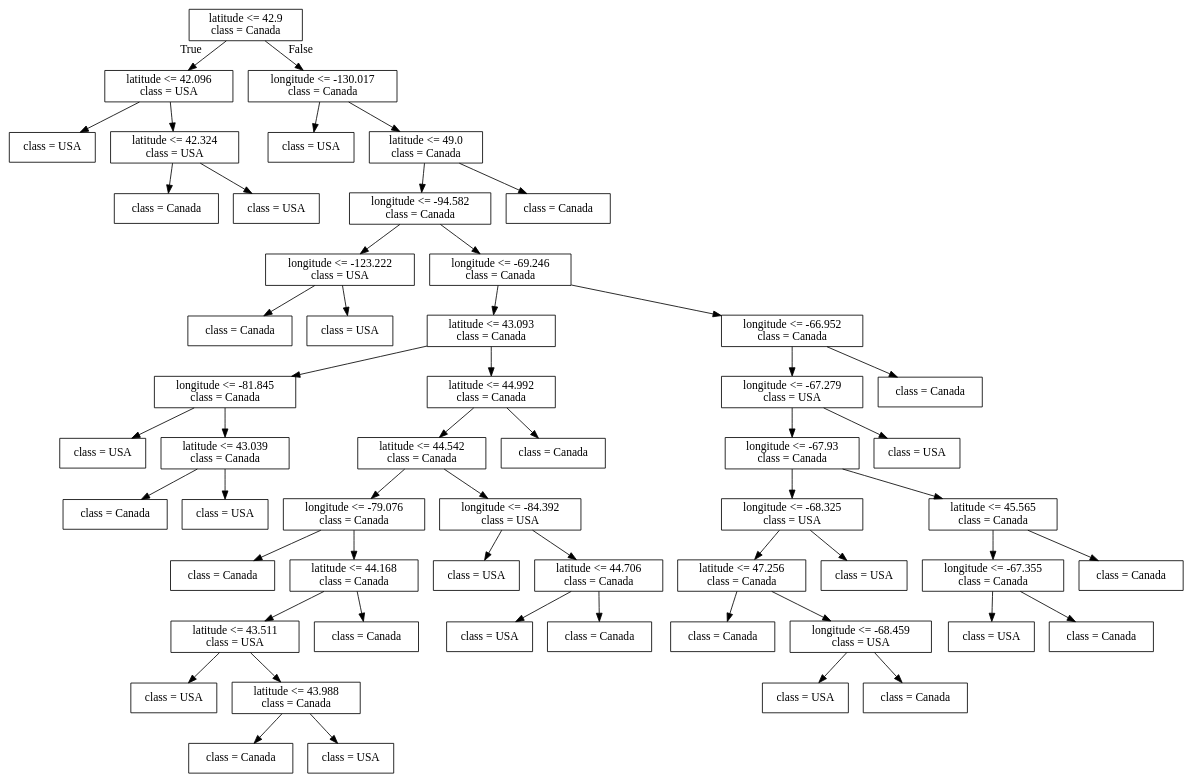
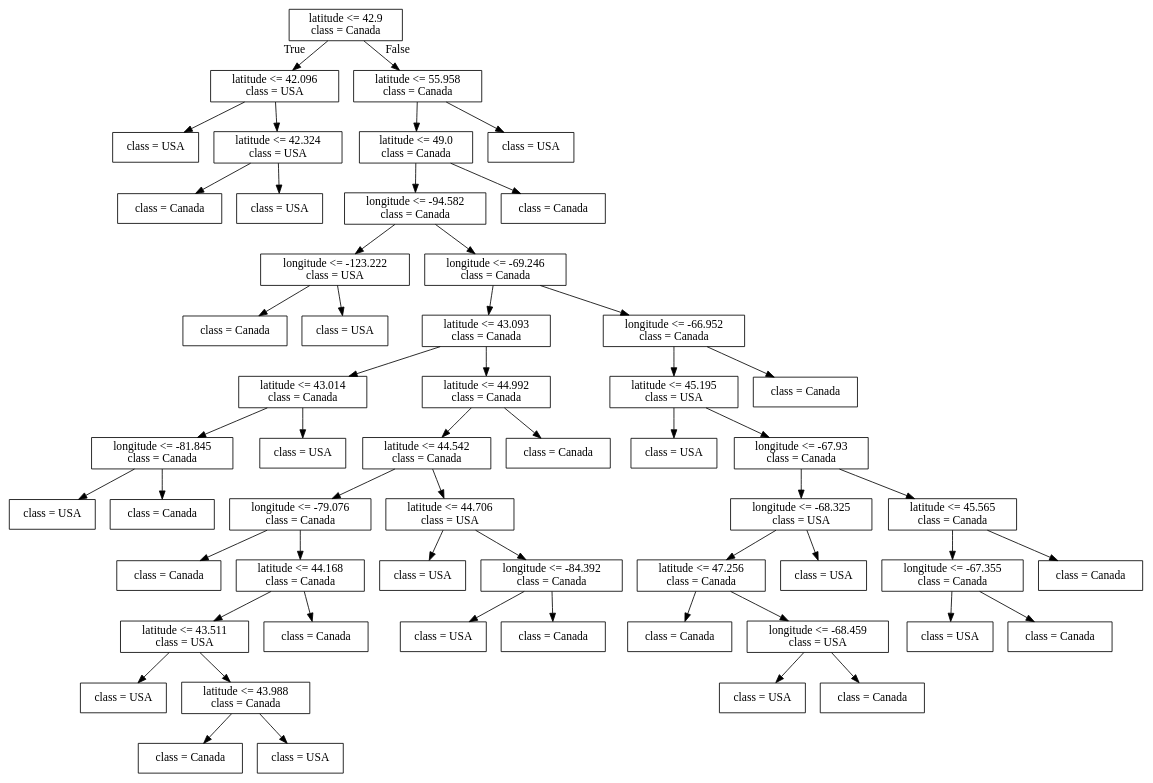
The diagram in lectures/Source.gv (bait509-ubc/BAIT509), drawn with Graphviz before and after one commit. The commit also changed 25 other files, not shown here.

```diff
--- a/lectures/Source.gv
+++ b/lectures/Source.gv
@@ -1,112 +1,112 @@
 digraph Tree {
 node [shape=box] ;
 0 [label="latitude <= 42.9\nclass = Canada"] ;
 1 [label="latitude <= 42.096\nclass = USA"] ;
 0 -> 1 [labeldistance=2.5, labelangle=45, headlabel="True"] ;
 2 [label="class = USA"] ;
 1 -> 2 ;
 3 [label="latitude <= 42.324\nclass = USA"] ;
 1 -> 3 ;
 4 [label="class = Canada"] ;
 3 -> 4 ;
 5 [label="class = USA"] ;
 3 -> 5 ;
-6 [label="longitude <= -130.017\nclass = Canada"] ;
+6 [label="latitude <= 55.958\nclass = Canada"] ;
 0 -> 6 [labeldistance=2.5, labelangle=-45, headlabel="False"] ;
-7 [label="class = USA"] ;
+7 [label="latitude <= 49.0\nclass = Canada"] ;
 6 -> 7 ;
-8 [label="latitude <= 49.0\nclass = Canada"] ;
-6 -> 8 ;
-9 [label="longitude <= -94.582\nclass = Canada"] ;
+8 [label="longitude <= -94.582\nclass = Canada"] ;
+7 -> 8 ;
+9 [label="longitude <= -123.222\nclass = USA"] ;
 8 -> 9 ;
-10 [label="longitude <= -123.222\nclass = USA"] ;
+10 [label="class = Canada"] ;
 9 -> 10 ;
-11 [label="class = Canada"] ;
-10 -> 11 ;
-12 [label="class = USA"] ;
-10 -> 12 ;
-13 [label="longitude <= -69.246\nclass = Canada"] ;
-9 -> 13 ;
-14 [label="latitude <= 43.093\nclass = Canada"] ;
+11 [label="class = USA"] ;
+9 -> 11 ;
+12 [label="longitude <= -69.246\nclass = Canada"] ;
+8 -> 12 ;
+13 [label="latitude <= 43.093\nclass = Canada"] ;
+12 -> 13 ;
+14 [label="latitude <= 43.014\nclass = Canada"] ;
 13 -> 14 ;
 15 [label="longitude <= -81.845\nclass = Canada"] ;
 14 -> 15 ;
 16 [label="class = USA"] ;
 15 -> 16 ;
-17 [label="latitude <= 43.039\nclass = Canada"] ;
+17 [label="class = Canada"] ;
 15 -> 17 ;
-18 [label="class = Canada"] ;
-17 -> 18 ;
-19 [label="class = USA"] ;
-17 -> 19 ;
-20 [label="latitude <= 44.992\nclass = Canada"] ;
-14 -> 20 ;
-21 [label="latitude <= 44.542\nclass = Canada"] ;
+18 [label="class = USA"] ;
+14 -> 18 ;
+19 [label="latitude <= 44.992\nclass = Canada"] ;
+13 -> 19 ;
+20 [label="latitude <= 44.542\nclass = Canada"] ;
+19 -> 20 ;
+21 [label="longitude <= -79.076\nclass = Canada"] ;
 20 -> 21 ;
-22 [label="longitude <= -79.076\nclass = Canada"] ;
+22 [label="class = Canada"] ;
 21 -> 22 ;
-23 [label="class = Canada"] ;
-22 -> 23 ;
-24 [label="latitude <= 44.168\nclass = Canada"] ;
-22 -> 24 ;
-25 [label="latitude <= 43.511\nclass = USA"] ;
+23 [label="latitude <= 44.168\nclass = Canada"] ;
+21 -> 23 ;
+24 [label="latitude <= 43.511\nclass = USA"] ;
+23 -> 24 ;
+25 [label="class = USA"] ;
 24 -> 25 ;
-26 [label="class = USA"] ;
-25 -> 26 ;
-27 [label="latitude <= 43.988\nclass = Canada"] ;
-25 -> 27 ;
-28 [label="class = Canada"] ;
-27 -> 28 ;
-29 [label="class = USA"] ;
-27 -> 29 ;
-30 [label="class = Canada"] ;
-24 -> 30 ;
-31 [label="longitude <= -84.392\nclass = USA"] ;
-21 -> 31 ;
-32 [label="class = USA"] ;
-31 -> 32 ;
-33 [label="latitude <= 44.706\nclass = Canada"] ;
-31 -> 33 ;
-34 [label="class = USA"] ;
-33 -> 34 ;
+26 [label="latitude <= 43.988\nclass = Canada"] ;
+24 -> 26 ;
+27 [label="class = Canada"] ;
+26 -> 27 ;
+28 [label="class = USA"] ;
+26 -> 28 ;
+29 [label="class = Canada"] ;
+23 -> 29 ;
+30 [label="latitude <= 44.706\nclass = USA"] ;
+20 -> 30 ;
+31 [label="class = USA"] ;
+30 -> 31 ;
+32 [label="longitude <= -84.392\nclass = Canada"] ;
+30 -> 32 ;
+33 [label="class = USA"] ;
+32 -> 33 ;
+34 [label="class = Canada"] ;
+32 -> 34 ;
 35 [label="class = Canada"] ;
-33 -> 35 ;
-36 [label="class = Canada"] ;
-20 -> 36 ;
-37 [label="longitude <= -66.952\nclass = Canada"] ;
-13 -> 37 ;
-38 [label="longitude <= -67.279\nclass = USA"] ;
+19 -> 35 ;
+36 [label="longitude <= -66.952\nclass = Canada"] ;
+12 -> 36 ;
+37 [label="latitude <= 45.195\nclass = USA"] ;
+36 -> 37 ;
+38 [label="class = USA"] ;
 37 -> 38 ;
 39 [label="longitude <= -67.93\nclass = Canada"] ;
-38 -> 39 ;
+37 -> 39 ;
 40 [label="longitude <= -68.325\nclass = USA"] ;
 39 -> 40 ;
 41 [label="latitude <= 47.256\nclass = Canada"] ;
 40 -> 41 ;
 42 [label="class = Canada"] ;
 41 -> 42 ;
 43 [label="longitude <= -68.459\nclass = USA"] ;
 41 -> 43 ;
 44 [label="class = USA"] ;
 43 -> 44 ;
 45 [label="class = Canada"] ;
 43 -> 45 ;
 46 [label="class = USA"] ;
 40 -> 46 ;
 47 [label="latitude <= 45.565\nclass = Canada"] ;
 39 -> 47 ;
 48 [label="longitude <= -67.355\nclass = Canada"] ;
 47 -> 48 ;
 49 [label="class = USA"] ;
 48 -> 49 ;
 50 [label="class = Canada"] ;
 48 -> 50 ;
 51 [label="class = Canada"] ;
 47 -> 51 ;
-52 [label="class = USA"] ;
-38 -> 52 ;
+52 [label="class = Canada"] ;
+36 -> 52 ;
 53 [label="class = Canada"] ;
-37 -> 53 ;
-54 [label="class = Canada"] ;
-8 -> 54 ;
+7 -> 53 ;
+54 [label="class = USA"] ;
+6 -> 54 ;
 }
```
